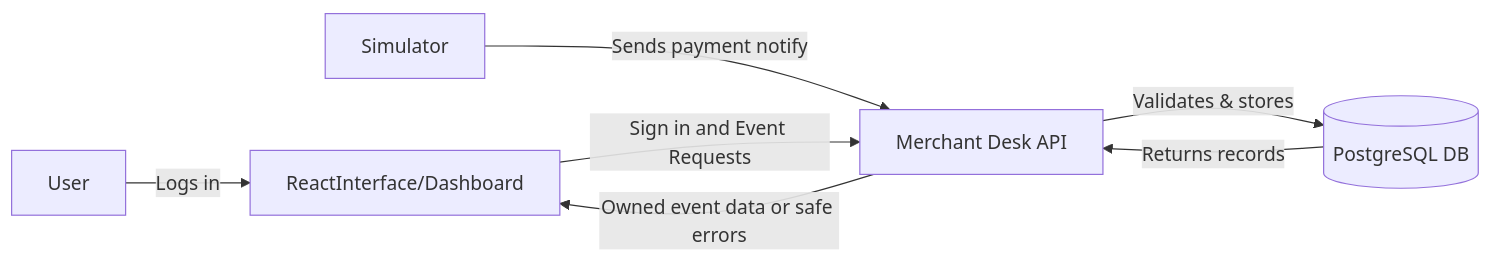
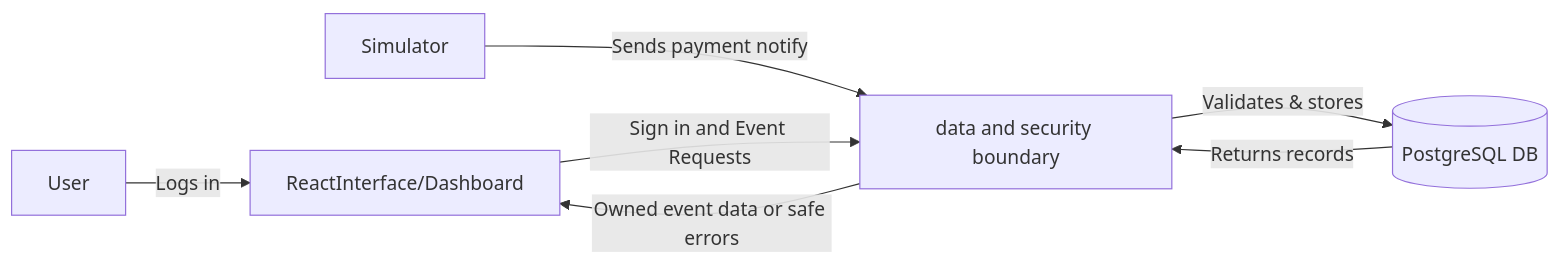
Before and after one commit to abhinavpr71/RUSTBRIDGE_SPRINT_1: the diagram in students/RB10/week-01/discovery/brief.md, drawn with Mermaid.

Commit message:
labeled the api box as data and security boundry

````diff
--- a/students/RB10/week-01/discovery/brief.md
+++ b/students/RB10/week-01/discovery/brief.md
@@ -38,9 +38,9 @@
 ```mermaid
    flowchart LR
     User -->|Logs in| UI[ReactInterface/Dashboard]
-    Simulator -->|Sends payment notify| API[Merchant Desk API]
-    UI -->|Sign in and Event Requests| API
-    API -->|Validates & stores| DB[(PostgreSQL DB)]
-    DB -->|Returns records| API
-    API -->|Owned event data or safe errors| UI
+    Simulator -->|Sends payment notify| api[data and security boundary]
+    UI -->|Sign in and Event Requests| api
+    api -->|Validates & stores| DB[(PostgreSQL DB)]
+    DB -->|Returns records| api
+    api -->|Owned event data or safe errors| UI
 ```
````
